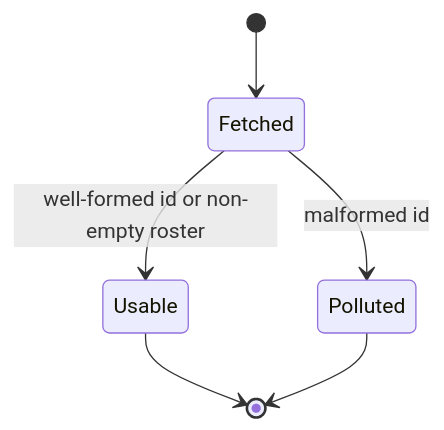
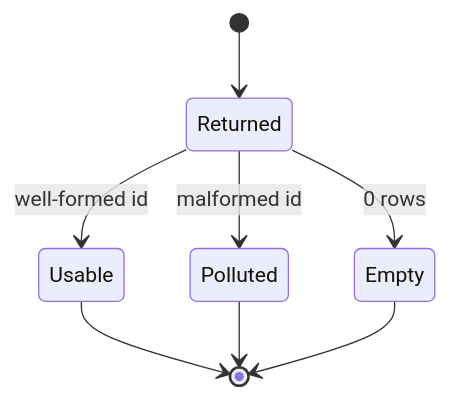
Before and after one commit to mrzmyr/agent-plugin: the seventh of 10 diagrams in skills/create-mermaid/README.md, drawn with Mermaid. The commit also changed other lines of this file, not shown here.

First line of the commit message:
Keep without/with mermaid pairs on the same snapshot.

````diff
--- a/skills/create-mermaid/README.md
+++ b/skills/create-mermaid/README.md
@@ -160,8 +177,10 @@
 ```mermaid
 stateDiagram-v2
-    [*] --> Fetched
-    Fetched --> Usable: well-formed id or non-empty roster
-    Fetched --> Polluted: malformed id
-    Usable --> [*]
-    Polluted --> [*]
+  [*] --> Returned
+  Returned --> Usable: well-formed id
+  Returned --> Polluted: malformed id
+  Returned --> Empty: 0 rows
+  Usable --> [*]
+  Polluted --> [*]
+  Empty --> [*]
 ```
````
